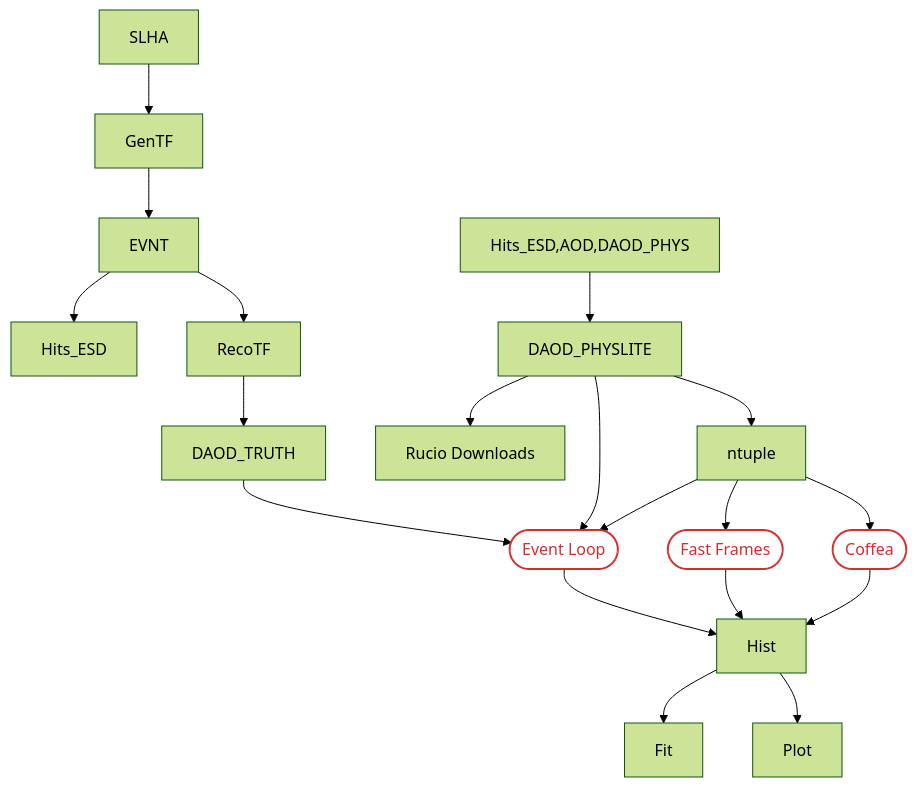
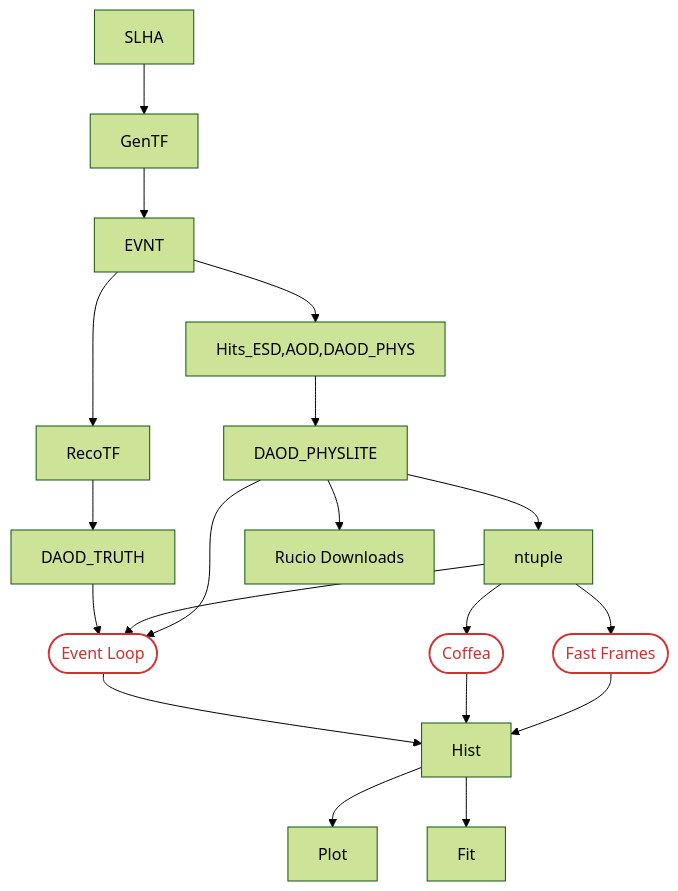
The diagram in docs/flowChart.md (usatlas/AF-Benchmarking), drawn with Mermaid (forest theme) before and after one commit.

````diff
--- a/docs/flowChart.md
+++ b/docs/flowChart.md
@@ -1,37 +1,37 @@
 ```mermaid
 flowchart TD
     SLHA --> GenTF
     GenTF --> EVNT
     EVNT --> RecoTF
     RecoTF --> DAOD_TRUTH
     DAOD_TRUTH --> Event_Loop
     Event_Loop --> Hist
 
-    EVNT--> Hits_ESD
+    EVNT--> Hits_ESD,AOD,DAOD_PHYS
     Hits_ESD,AOD,DAOD_PHYS --> DAOD_PHYSLITE
 
     ntuple --> Coffea
     Coffea --> Hist
 
     ntuple --> Fast_Frames
     Fast_Frames --> Hist
 
     ntuple --> Event_Loop
     DAOD_PHYSLITE --> ntuple
     DAOD_PHYSLITE --> Event_Loop
     DAOD_PHYSLITE --> bash["Rucio Downloads"]
 
     Hist --> Plot
     Hist --> Fit
 
     click Event_Loop "https://github.com/usatlas/AF-Benchmarking/tree/main/event_loop" "Event Loop documentation"
     click Coffea "https://github.com/usatlas/AF-Benchmarking/tree/main/NTuple_Hist/coffea" "Coffea documentation"
     click Fast_Frames "https://github.com/usatlas/AF-Benchmarking/tree/main/NTuple_Hist/fastframes" "Fast Frames documentation"
 
     Event_Loop(["Event Loop"])
     Coffea(["Coffea"])
     Fast_Frames(["Fast Frames"])
     
     classDef method fill:transparent,stroke:#d32f2f,stroke-width:2px,color:#d32f2f;
     class Event_Loop,Coffea,Fast_Frames method;
 ```
````
